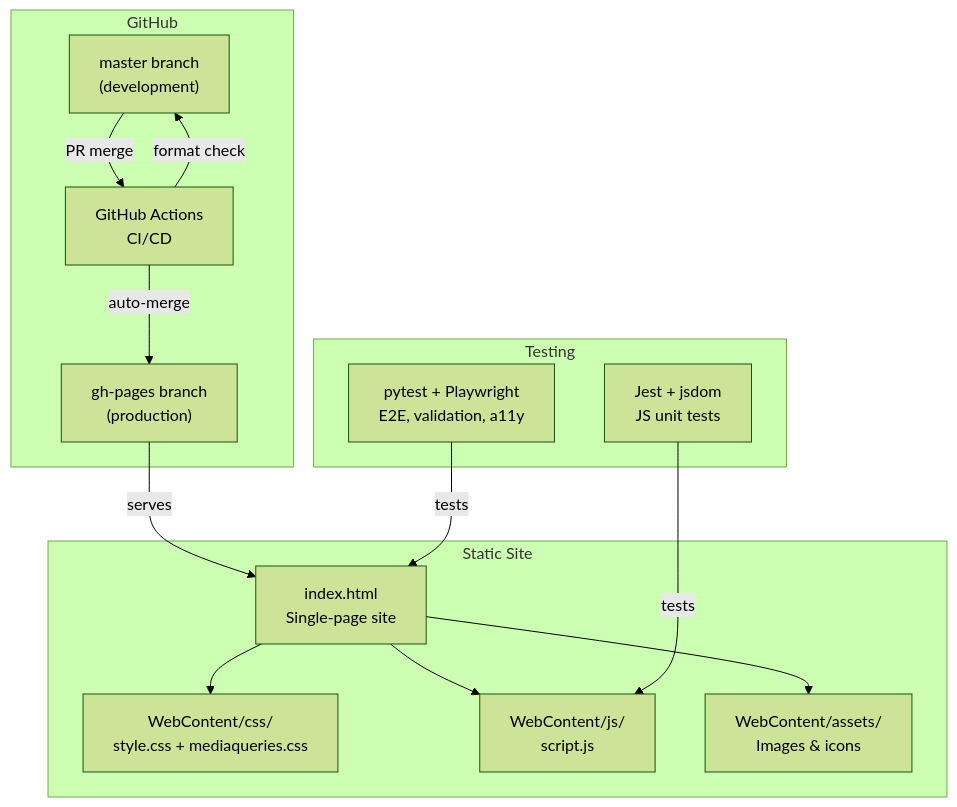
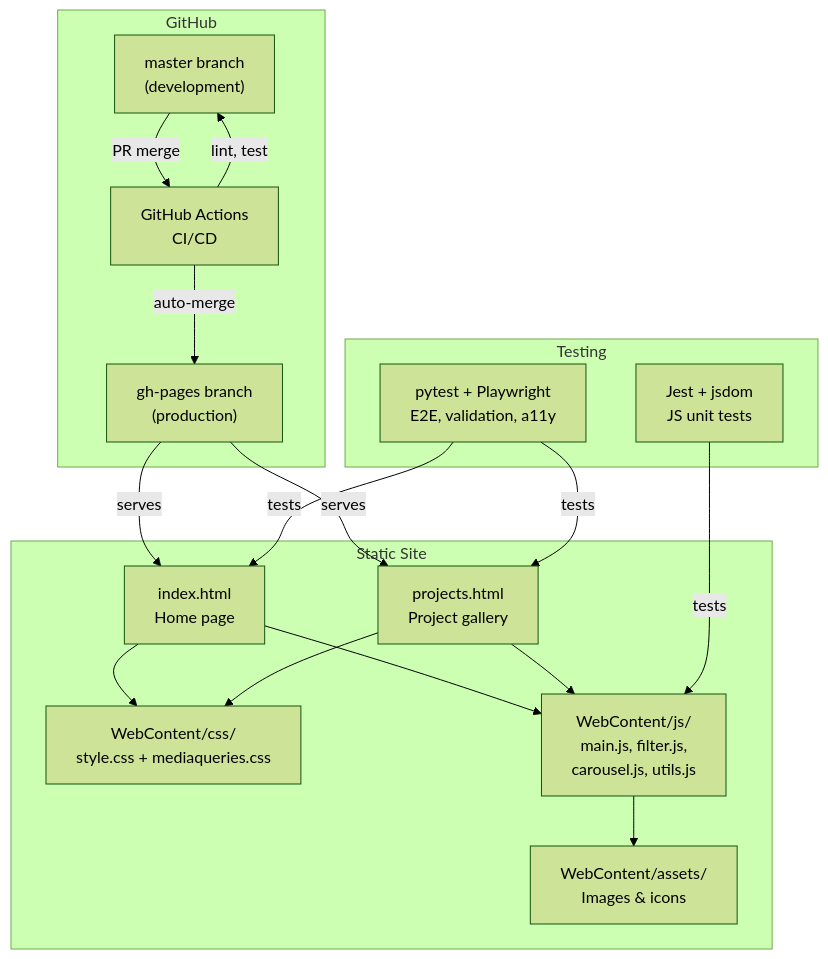
Before and after one commit to cdcoonce/Portfolio_Website: the first of 4 diagrams in README.md, drawn with Mermaid (forest theme). The commit also changed other lines of this file, not shown here.

First line of the commit message:
docs: rewrite README for multi-page portfolio architecture

````diff
--- a/README.md
+++ b/README.md
@@ -57,30 +66,35 @@
 ```mermaid
 graph TD
     subgraph "GitHub"
         MASTER["master branch<br/>(development)"]
         GHPAGES["gh-pages branch<br/>(production)"]
         ACTIONS["GitHub Actions<br/>CI/CD"]
     end
 
     subgraph "Static Site"
-        HTML["index.html<br/>Single-page site"]
+        INDEX["index.html<br/>Home page"]
+        PROJECTS["projects.html<br/>Project gallery"]
         CSS["WebContent/css/<br/>style.css + mediaqueries.css"]
-        JS["WebContent/js/<br/>script.js"]
+        JS["WebContent/js/<br/>main.js, filter.js,<br/>carousel.js, utils.js"]
         ASSETS["WebContent/assets/<br/>Images & icons"]
     end
 
     subgraph "Testing"
         JEST["Jest + jsdom<br/>JS unit tests"]
         PYTEST["pytest + Playwright<br/>E2E, validation, a11y"]
     end
 
     MASTER -->|"PR merge"| ACTIONS
-    ACTIONS -->|"format check"| MASTER
+    ACTIONS -->|"lint, test"| MASTER
     ACTIONS -->|"auto-merge"| GHPAGES
-    GHPAGES -->|"serves"| HTML
-    HTML --> CSS
-    HTML --> JS
-    HTML --> ASSETS
+    GHPAGES -->|"serves"| INDEX
+    GHPAGES -->|"serves"| PROJECTS
+    INDEX --> CSS
+    INDEX --> JS
+    PROJECTS --> CSS
+    PROJECTS --> JS
+    JS --> ASSETS
     JEST -->|"tests"| JS
-    PYTEST -->|"tests"| HTML
+    PYTEST -->|"tests"| INDEX
+    PYTEST -->|"tests"| PROJECTS
 ```
````
